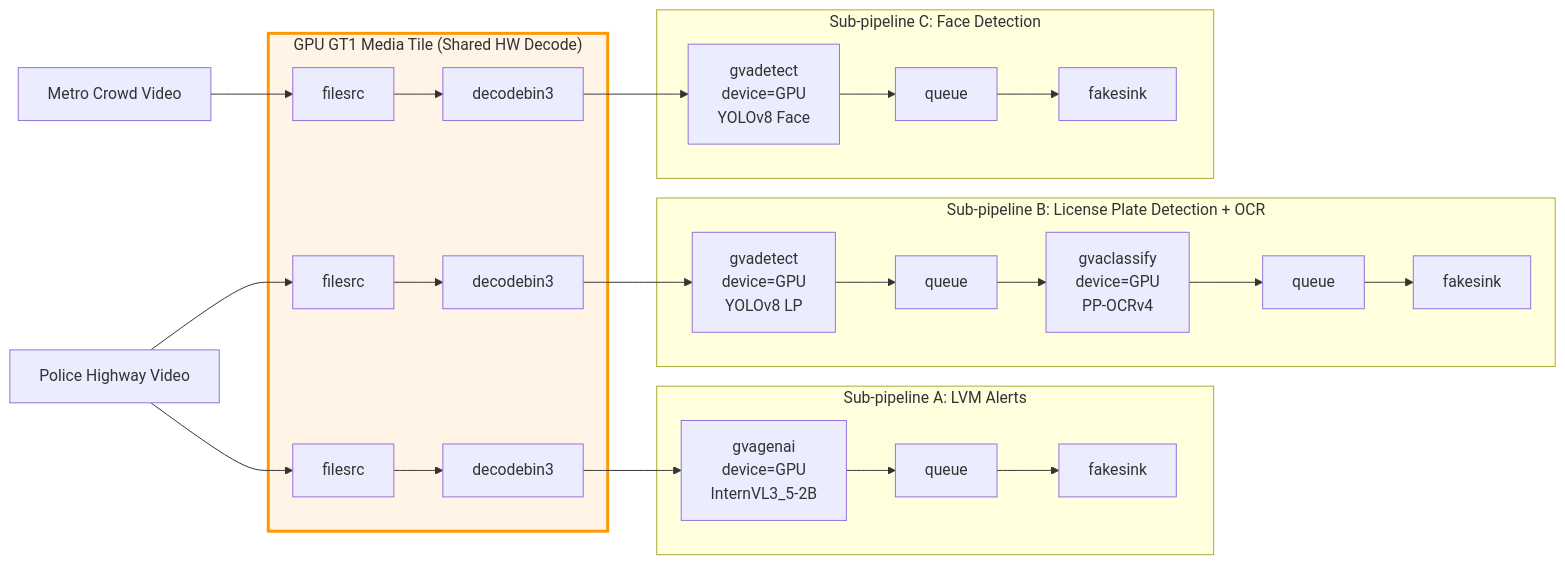
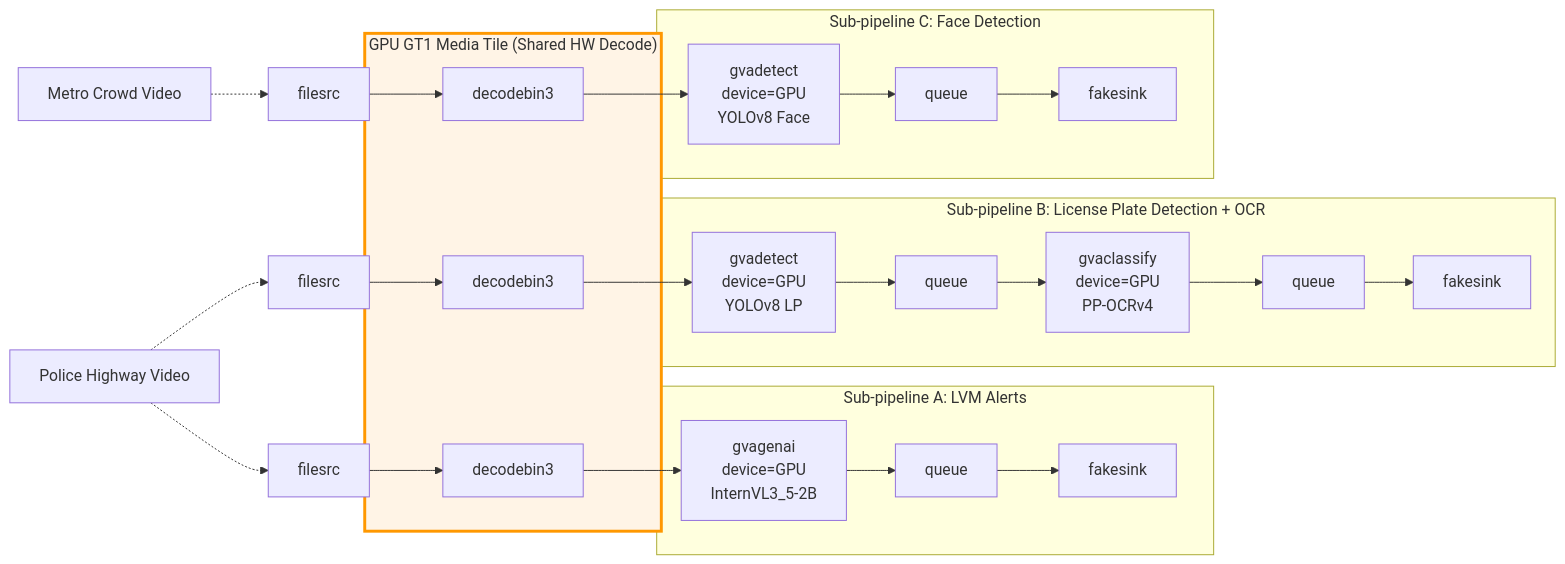
The second of 3 diagrams in docs/user-guide/dev_guide/heterogeneous_systems_guide.md (open-edge-platform/dlstreamer), drawn with Mermaid before and after one commit. The commit also changed other lines of this file, not shown here.

Commit message:
Update diagrams

````diff
--- a/docs/user-guide/dev_guide/heterogeneous_systems_guide.md
+++ b/docs/user-guide/dev_guide/heterogeneous_systems_guide.md
@@ -266,29 +269,33 @@
 ```mermaid
 flowchart LR
     Video1["Police Highway Video"]
     Video2["Metro Crowd Video"]
     
-    Video1 --> V1A[filesrc]
-    Video1 --> V1B[filesrc]
-    Video2 --> V2[filesrc]
+    Video1 -.-> V1A[filesrc]
+    Video1 -.-> V1B[filesrc]
+    Video2 -.-> V2[filesrc]
+    
+    V1A --> D1
+    V1B --> D2
+    V2 --> D3
     
     subgraph GT1["GPU GT1 Media Tile (Shared HW Decode)"]
-        V1A --> D1[decodebin3]
-        V1B --> D2[decodebin3]
-        V2 --> D3[decodebin3]
+        D1[decodebin3]
+        D2[decodebin3]
+        D3[decodebin3]
     end
     
     subgraph SubA["Sub-pipeline A: LVM Alerts"]
         D1 --> LVM["gvagenai<br/>device=GPU<br/>InternVL3_5-2B"] --> Q1[queue] --> F1[fakesink]
     end
     
     subgraph SubB["Sub-pipeline B: License Plate Detection + OCR"]
         D2 --> DET["gvadetect<br/>device=GPU<br/>YOLOv8 LP"] --> Q2[queue] --> OCR["gvaclassify<br/>device=GPU<br/>PP-OCRv4"] --> Q3[queue] --> F2[fakesink]
     end
     
     subgraph SubC["Sub-pipeline C: Face Detection"]
         D3 --> FACE["gvadetect<br/>device=GPU<br/>YOLOv8 Face"] --> Q4[queue] --> F3[fakesink]
     end
     
     style GT1 fill:#fff4e6,stroke:#ff9800,stroke-width:3px
 ```
````
